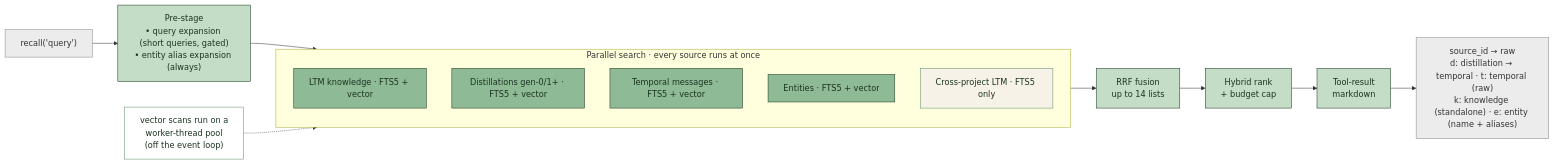
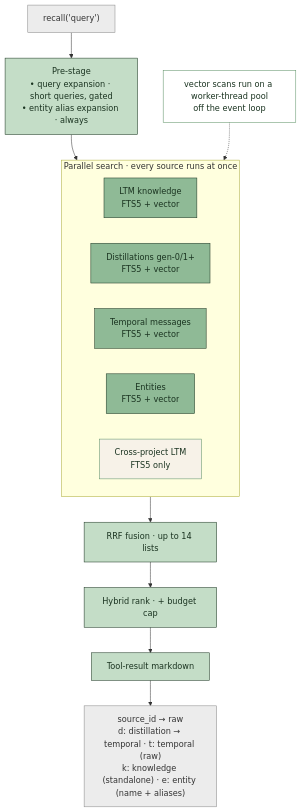
The fifth of 5 diagrams in packages/website/src/content/docs/docs/architecture.md (BYK/loreai), drawn with Mermaid before and after one commit. The commit also changed other lines of this file, not shown here.

Commit message:
docs(website): improve readability of context-flow and recall diagrams
Address review feedback on two diagrams:

- Recall pipeline: flip from LR to TB so the pipeline reads top-to-bottom
  with legible boxes; only the five-source fan-out stays horizontal. The
  previous wide LR layout shrank every label to an unreadable size.
- Context flow: force the three memory tiers into a real horizontal row
  (invisible links), drop the redundant gradient-manager block, and make
  the stacked-prompt boxes connector-free and tighter (invisible links +
  reduced node/rank spacing).

````diff
--- a/packages/website/src/content/docs/docs/architecture.md
+++ b/packages/website/src/content/docs/docs/architecture.md
@@ -249,27 +248,27 @@
 ```mermaid
-flowchart LR
-    Q["recall('query')"]:::ext --> Pre["Pre-stage<br/>• query expansion (short queries, gated)<br/>• entity alias expansion (always)"]:::stage
+flowchart TB
+    Q["recall('query')"]:::ext --> Pre["Pre-stage<br/>• query expansion · short queries, gated<br/>• entity alias expansion · always"]:::stage
     Pre --> Search
+    Note["vector scans run on a worker-thread pool<br/>off the event loop"]:::note -.-> Search
 
     subgraph Search["Parallel search · every source runs at once"]
-        direction TB
-        LTM["LTM knowledge · FTS5 + vector"]:::src
-        Dist["Distillations gen-0/1+ · FTS5 + vector"]:::src
-        Temp["Temporal messages · FTS5 + vector"]:::src
-        Ent["Entities · FTS5 + vector"]:::src
-        Cross["Cross-project LTM · FTS5 only"]:::srcf
+        direction LR
+        LTM["LTM knowledge<br/>FTS5 + vector"]:::src
+        Dist["Distillations gen-0/1+<br/>FTS5 + vector"]:::src
+        Temp["Temporal messages<br/>FTS5 + vector"]:::src
+        Ent["Entities<br/>FTS5 + vector"]:::src
+        Cross["Cross-project LTM<br/>FTS5 only"]:::srcf
     end
 
-    Pool["vector scans run on a<br/>worker-thread pool<br/>(off the event loop)"]:::note -.-> Search
-
-    Search --> RRF["RRF fusion<br/>up to 14 lists"]:::stage --> Rank["Hybrid rank<br/>+ budget cap"]:::stage --> Out["Tool-result<br/>markdown"]:::stage
-
+    Search --> RRF["RRF fusion · up to 14 lists"]:::stage
+    RRF --> Rank["Hybrid rank · + budget cap"]:::stage
+    Rank --> Out["Tool-result markdown"]:::stage
     Out --> Map["source_id → raw<br/>d: distillation → temporal · t: temporal (raw)<br/>k: knowledge (standalone) · e: entity (name + aliases)"]:::map
 
     classDef ext fill:#ececec,stroke:#888,color:#333
     classDef stage fill:#c4ddc7,stroke:#1a3320,color:#1a3320
     classDef src fill:#8fba96,stroke:#1a3320,color:#1a3320
     classDef srcf fill:#f7f2e8,stroke:#5a8f63,color:#1a3320
     classDef map fill:#ececec,stroke:#888,color:#333
     classDef note fill:#ffffff,stroke:#5a8f63,color:#1a3320
 ```
````
